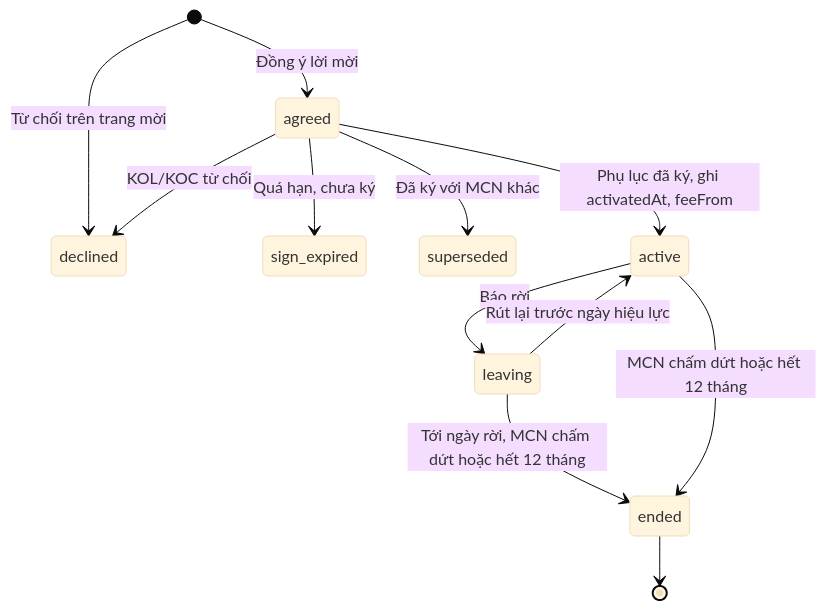
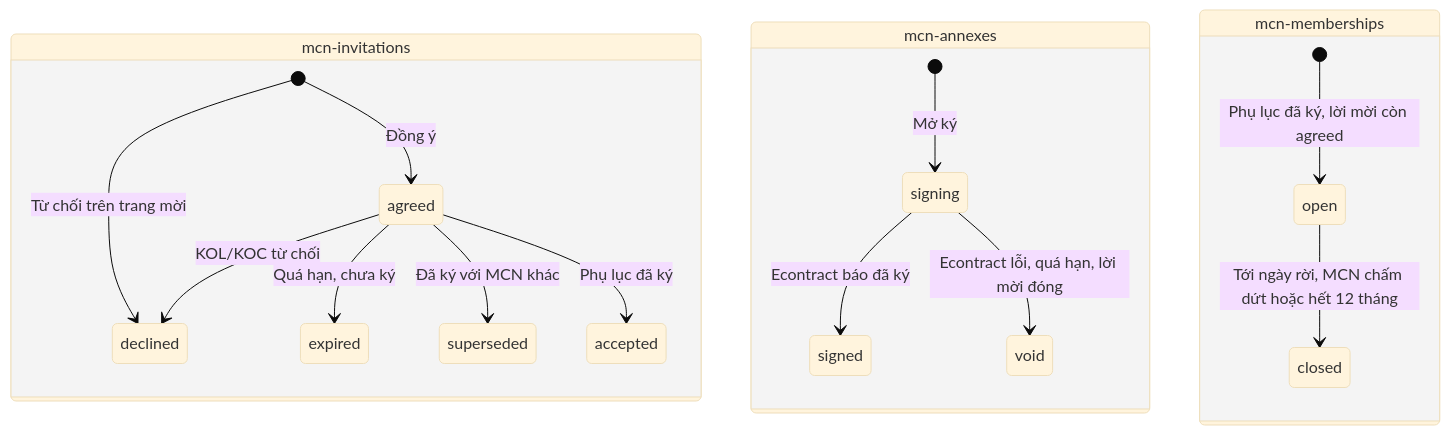
Before and after one commit to viewboost/accesstrade-docs: the fourth of 6 diagrams in mcn/techspec-mcn-phase1-2026-11-04.md, drawn with Mermaid (base theme). The commit also changed other lines of this file, not shown here.

````diff
--- a/mcn/techspec-mcn-phase1-2026-11-04.md
+++ b/mcn/techspec-mcn-phase1-2026-11-04.md
@@ -422,14 +481,20 @@
 ```mermaid
 stateDiagram-v2
-  [*] --> agreed : Đồng ý lời mời
-  [*] --> declined : Từ chối trên trang mời
-  agreed --> declined : KOL/KOC từ chối
-  agreed --> sign_expired : Quá hạn, chưa ký
-  agreed --> superseded : Đã ký với MCN khác
-  agreed --> active : Phụ lục đã ký, ghi activatedAt, feeFrom
-  active --> leaving : Báo rời
-  leaving --> active : Rút lại trước ngày hiệu lực
-  leaving --> ended : Tới ngày rời, MCN chấm dứt hoặc hết 12 tháng
-  active --> ended : MCN chấm dứt hoặc hết 12 tháng
-  ended --> [*]
+  state "mcn-invitations" as I {
+    [*] --> agreed : Đồng ý
+    [*] --> declined : Từ chối trên trang mời
+    agreed --> declined : KOL/KOC từ chối
+    agreed --> expired : Quá hạn, chưa ký
+    agreed --> superseded : Đã ký với MCN khác
+    agreed --> accepted : Phụ lục đã ký
+  }
+  state "mcn-annexes" as A {
+    [*] --> signing : Mở ký
+    signing --> signed : Econtract báo đã ký
+    signing --> void : Econtract lỗi, quá hạn, lời mời đóng
+  }
+  state "mcn-memberships" as M {
+    [*] --> open : Phụ lục đã ký, lời mời còn agreed
+    open --> closed : Tới ngày rời, MCN chấm dứt hoặc hết 12 tháng
+  }
 ```
````
